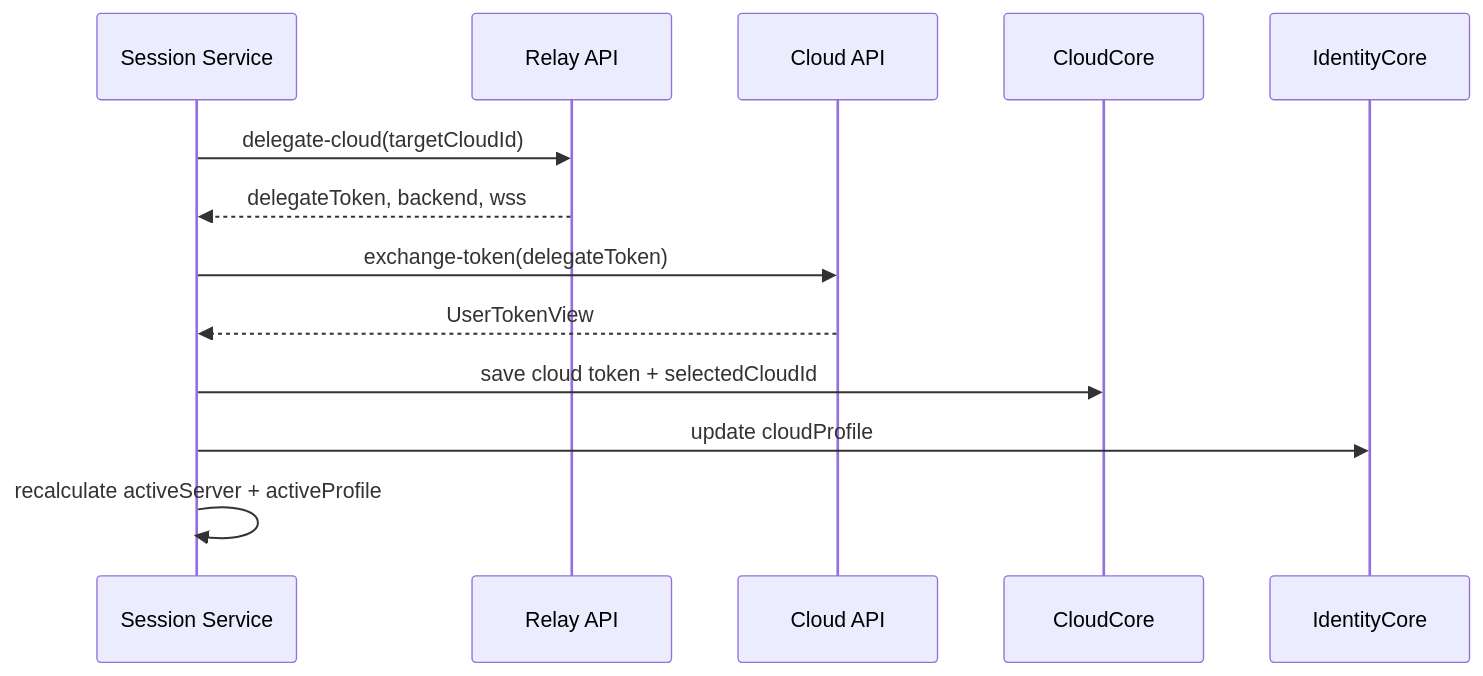
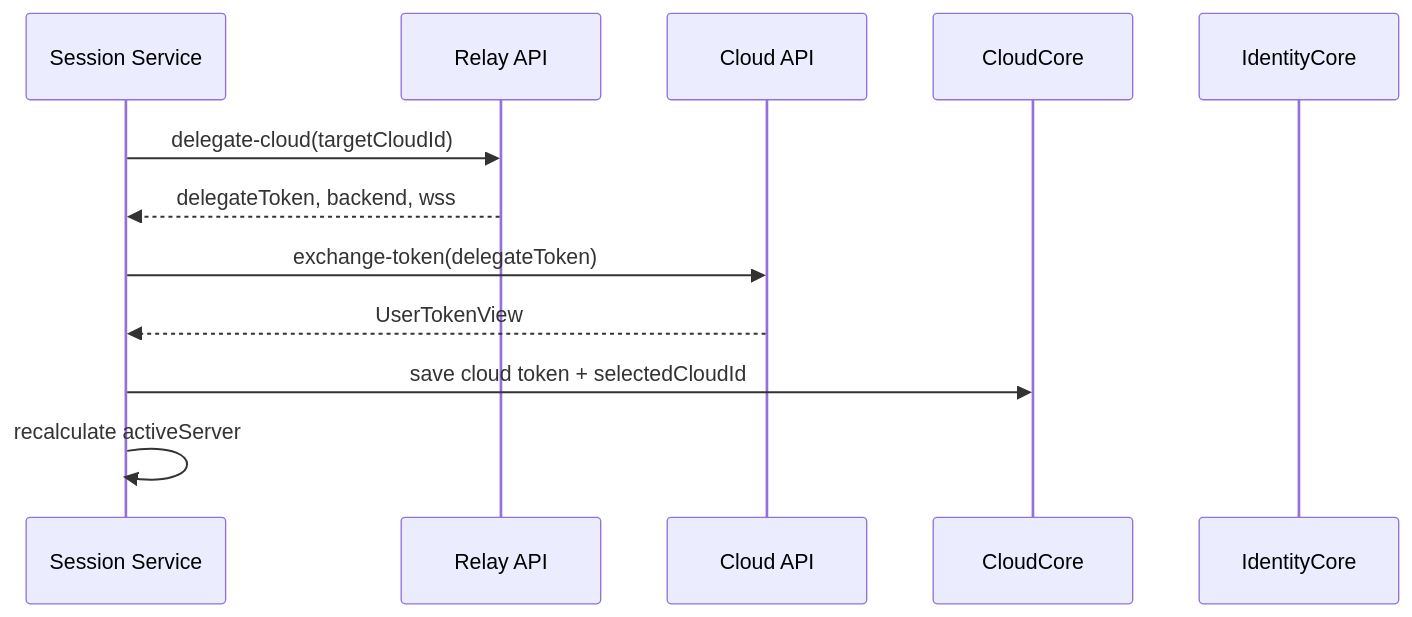
The first of 14 diagrams in libs/web-core/docs/session/session-scenarios.md (lemoncloud-io/dou-app), drawn with Mermaid before and after one commit. The commit also changed other lines of this file and 19 other files, not shown here.

````diff
--- a/libs/web-core/docs/session/session-scenarios.md
+++ b/libs/web-core/docs/session/session-scenarios.md
@@ -267,15 +264,14 @@
 ```mermaid
 sequenceDiagram
   participant S as Session Service
   participant R as Relay API
   participant C as Cloud API
   participant CC as CloudCore
   participant IC as IdentityCore
   S->>R: delegate-cloud(targetCloudId)
   R-->>S: delegateToken, backend, wss
   S->>C: exchange-token(delegateToken)
   C-->>S: UserTokenView
   S->>CC: save cloud token + selectedCloudId
-  S->>IC: update cloudProfile
-  S->>S: recalculate activeServer + activeProfile
+  S->>S: recalculate activeServer
 ```
````
